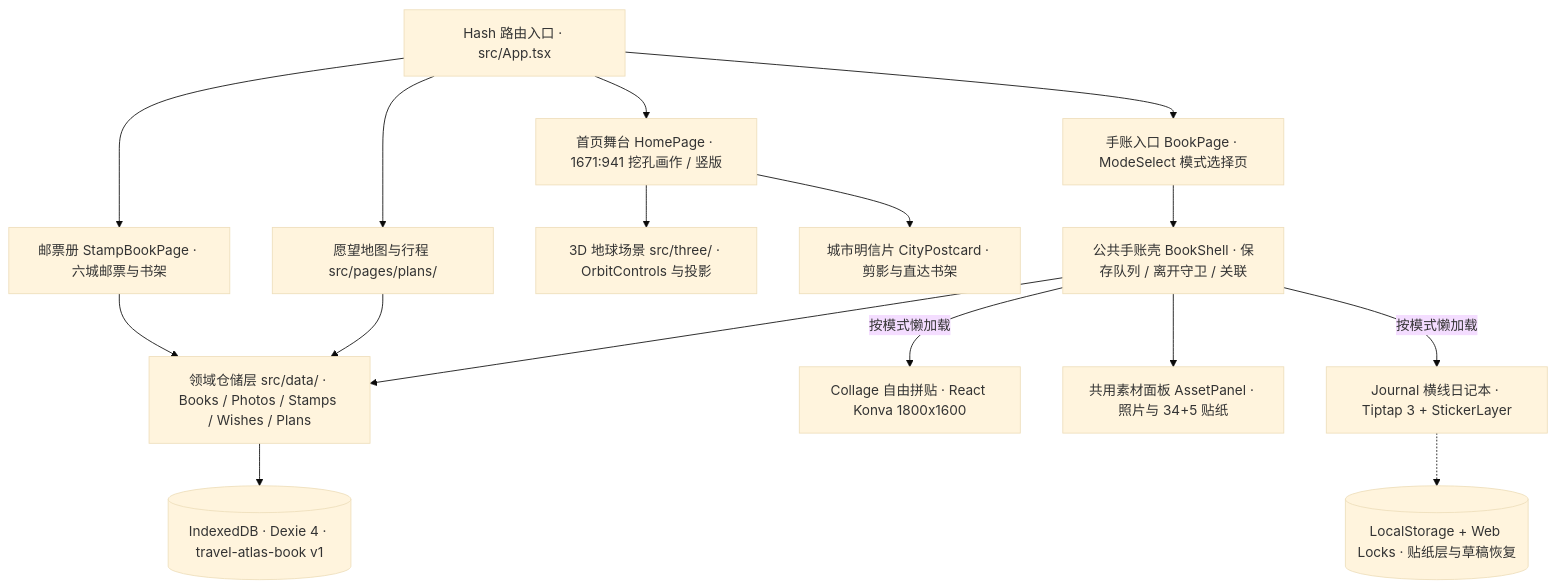
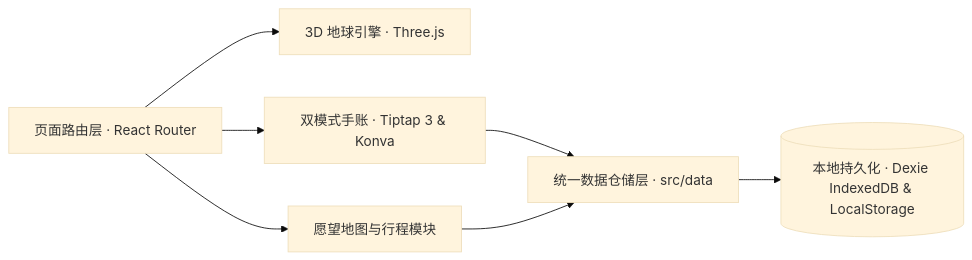
The diagram in README.md (xiaoguijj/travel-atlas-book), drawn with Mermaid (base theme) before and after one commit. The commit also changed other lines of this file and 1 other file, not shown here.

````diff
--- a/README.md
+++ b/README.md
@@ -203,21 +175,9 @@
 ```mermaid
-flowchart TD
-  User["Hash 路由入口 · src/App.tsx"] --> Home["首页舞台 HomePage · 1671:941 挖孔画作 / 竖版"]
-  User --> Stamps["邮票册 StampBookPage · 六城邮票与书架"]
-  User --> Plans["愿望地图与行程 src/pages/plans/"]
-  User --> Book["手账入口 BookPage · ModeSelect 模式选择页"]
-
-  Home --> Globe["3D 地球场景 src/three/ · OrbitControls 与投影"]
-  Home --> Postcard["城市明信片 CityPostcard · 剪影与直达书架"]
-
-  Book --> Shell["公共手账壳 BookShell · 保存队列 / 离开守卫 / 关联"]
-  Shell -->|按模式懒加载| Journal["Journal 横线日记本 · Tiptap 3 + StickerLayer"]
-  Shell -->|按模式懒加载| Collage["Collage 自由拼贴 · React Konva 1800x1600"]
-  Shell --> Assets["共用素材面板 AssetPanel · 照片与 34+5 贴纸"]
-
-  Stamps --> Repo["领域仓储层 src/data/ · Books / Photos / Stamps / Wishes / Plans"]
+flowchart LR
+  Router["页面路由层 · React Router"] --> Globe["3D 地球引擎 · Three.js"]
+  Router --> Book["双模式手账 · Tiptap 3 & Konva"]
+  Router --> Plans["愿望地图与行程模块"]
+  Book --> Repo["统一数据仓储层 · src/data"]
   Plans --> Repo
-  Shell --> Repo
-  Repo --> IDB[("IndexedDB · Dexie 4 · travel-atlas-book v1")]
-  Journal -.-> LS[("LocalStorage + Web Locks · 贴纸层与草稿恢复")]
+  Repo --> Storage[("本地持久化 · Dexie IndexedDB & LocalStorage")]
 ```
````
